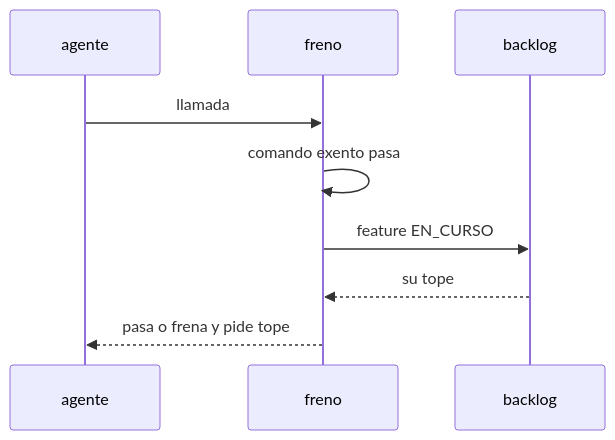
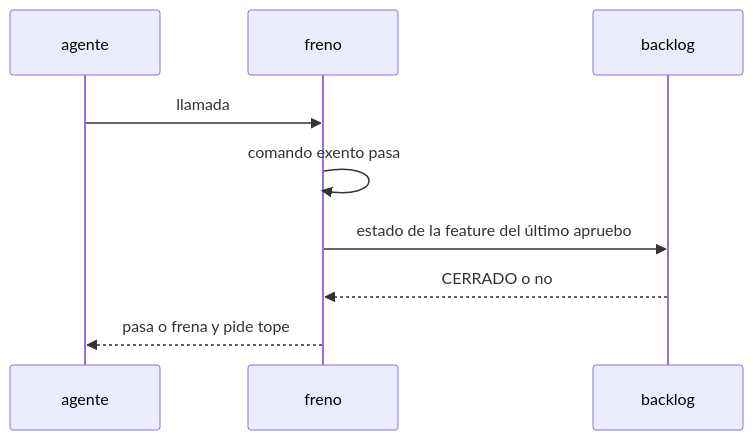
One commit to jliberal-aquas/aquas-central-harness-government changed the second of 2 diagrams in docs/E001/F017/S001.md. Above: the diagram before and after it, drawn with Mermaid. The commit also changed other lines of this file and 19 other files, not shown here.

````diff
--- a/docs/E001/F017/S001.md
+++ b/docs/E001/F017/S001.md
@@ -63,11 +66,11 @@
 ```mermaid
 sequenceDiagram
     participant A as agente
     participant F as freno
     participant B as backlog
     A->>F: llamada
     F->>F: comando exento pasa
-    F->>B: feature EN_CURSO
-    B-->>F: su tope
+    F->>B: estado de la feature del último apruebo
+    B-->>F: CERRADO o no
     F-->>A: pasa o frena y pide tope
 ```
````
